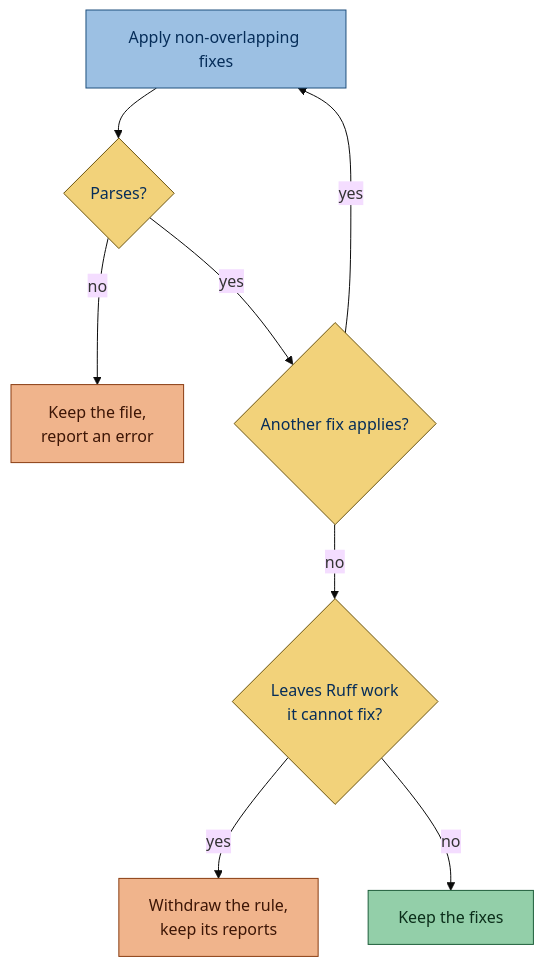
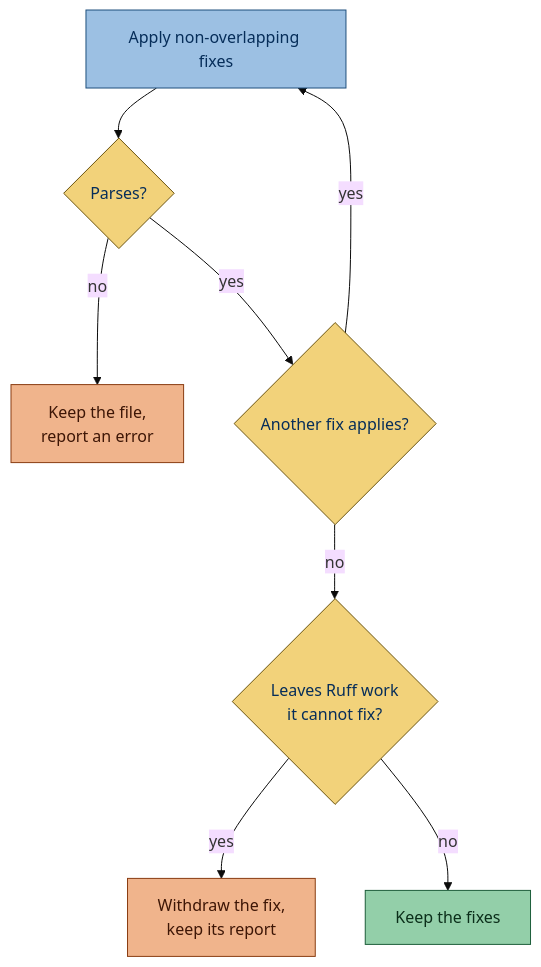
Before and after one commit to gaborbernat/simplint: the second of 2 diagrams in CONTRIBUTING.md, drawn with Mermaid (base theme). The commit also changed other lines of this file and 492 other files, not shown here.

````diff
--- a/CONTRIBUTING.md
+++ b/CONTRIBUTING.md
@@ -121,19 +121,19 @@
 ```mermaid
 flowchart TD
     apply["Apply non-overlapping fixes"] --> parse{"Parses?"}
     parse -->|no| error["Keep the file,<br/>report an error"]
     parse -->|yes| more{"Another fix applies?"}
     more -->|yes| apply
     more -->|no| ruff{"Leaves Ruff work<br/>it cannot fix?"}
-    ruff -->|yes| withdraw["Withdraw the rule,<br/>keep its reports"]
+    ruff -->|yes| withdraw["Withdraw the fix,<br/>keep its report"]
     ruff -->|no| done["Keep the fixes"]
     classDef blue fill:#9cc0e3,stroke:#1f4f7d,color:#062d59
     classDef yellow fill:#f2d27a,stroke:#6b5410,color:#062d59
     classDef green fill:#93cfa9,stroke:#1d5e3a,color:#0b2e1a
     classDef teal fill:#8ccbc3,stroke:#145c55,color:#072b28
     classDef orange fill:#f0b48c,stroke:#8a3d12,color:#3d1606
     class apply blue
     class parse,more,ruff yellow
     class error,withdraw orange
     class done green
 ```
````
